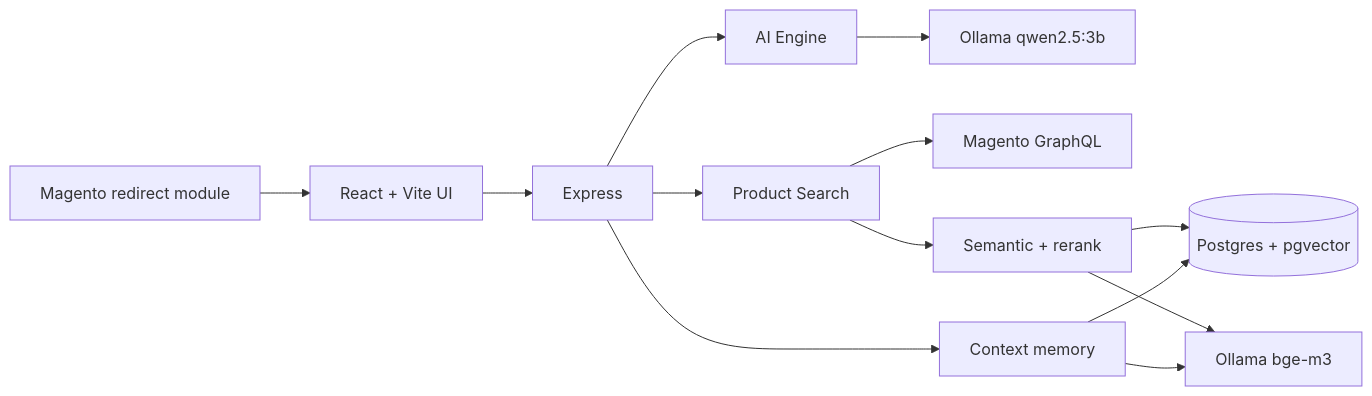
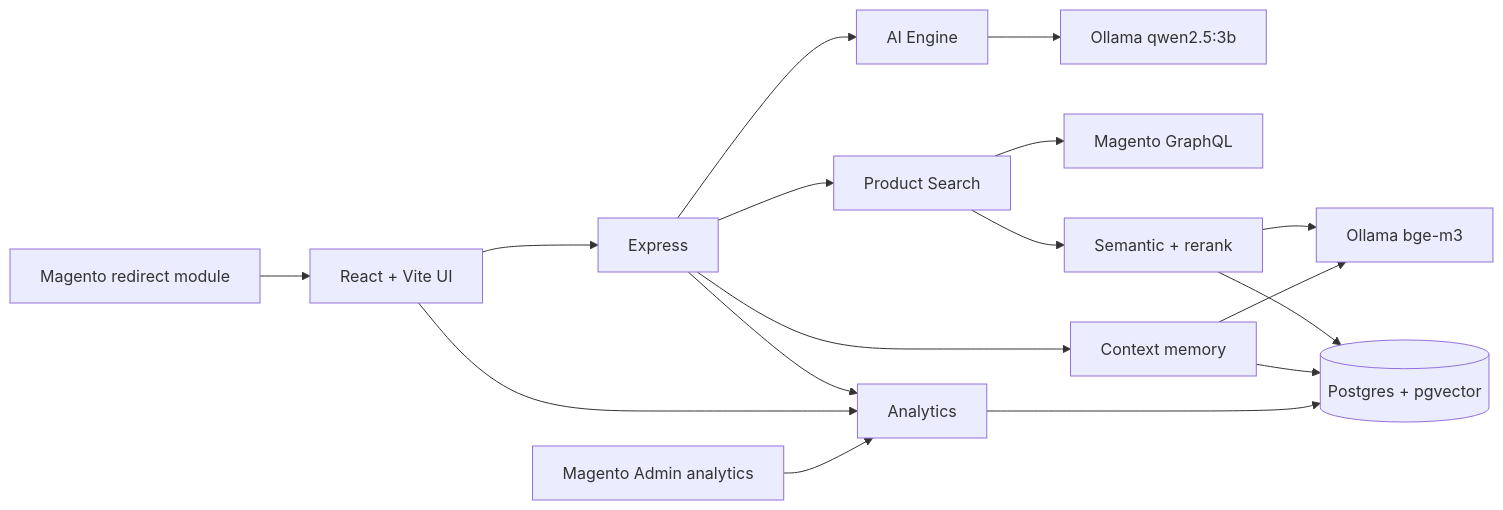
One commit to sharathkvdckap/AI-Commerce-Assistant-Server changed the second of 4 diagrams in HACKATHON_DOCUMENTATION.md. Above: the diagram before and after it, drawn with Mermaid. The commit also changed other lines of this file and 4 other files, not shown here.

````diff
--- a/HACKATHON_DOCUMENTATION.md
+++ b/HACKATHON_DOCUMENTATION.md
@@ -94,15 +97,19 @@
 ```mermaid
 flowchart LR
   UI[React + Vite UI] --> API[Express]
   MOD[Magento redirect module] --> UI
   API --> AI[AI Engine]
   API --> PS[Product Search]
   AI --> OL[Ollama qwen2.5:3b]
   PS --> MG[Magento GraphQL]
   PS --> SEM[Semantic + rerank]
   SEM --> PG[(Postgres + pgvector)]
   SEM --> EMB[Ollama bge-m3]
   API --> CTX[Context memory]
   CTX --> PG
   CTX --> EMB
+  API --> AN[Analytics]
+  AN --> PG
+  UI --> AN
+  MOD2[Magento Admin analytics] --> AN
 ```
````
